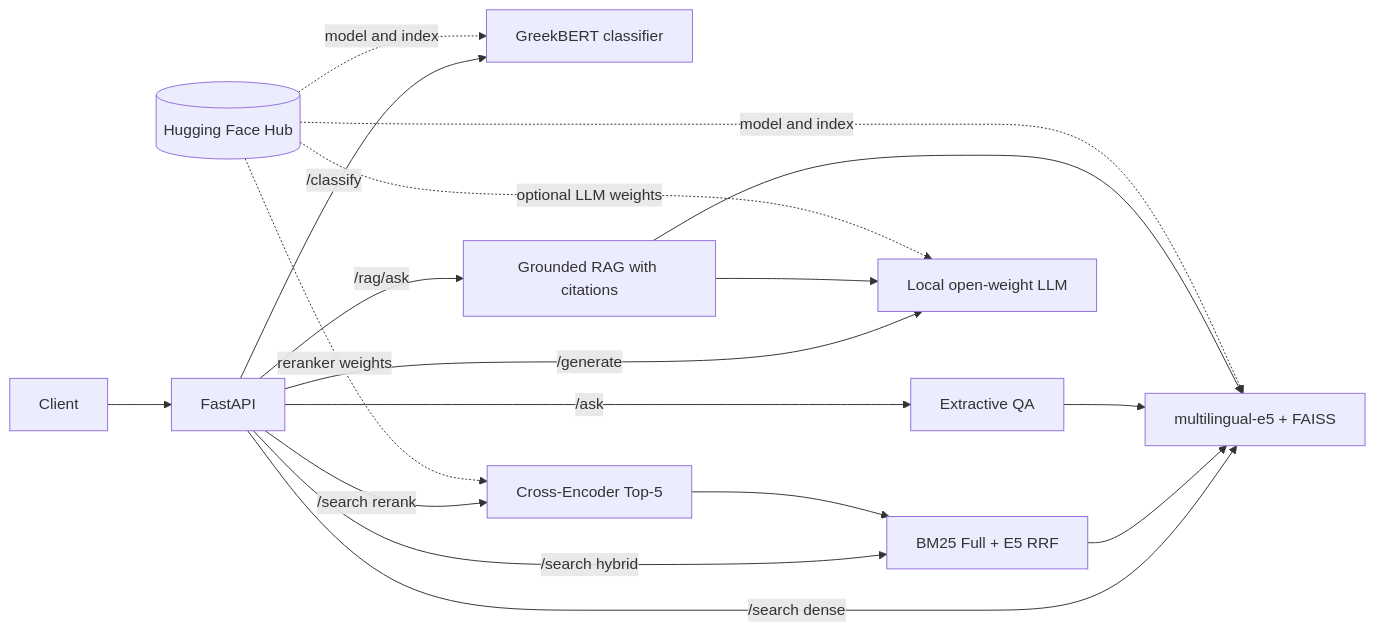
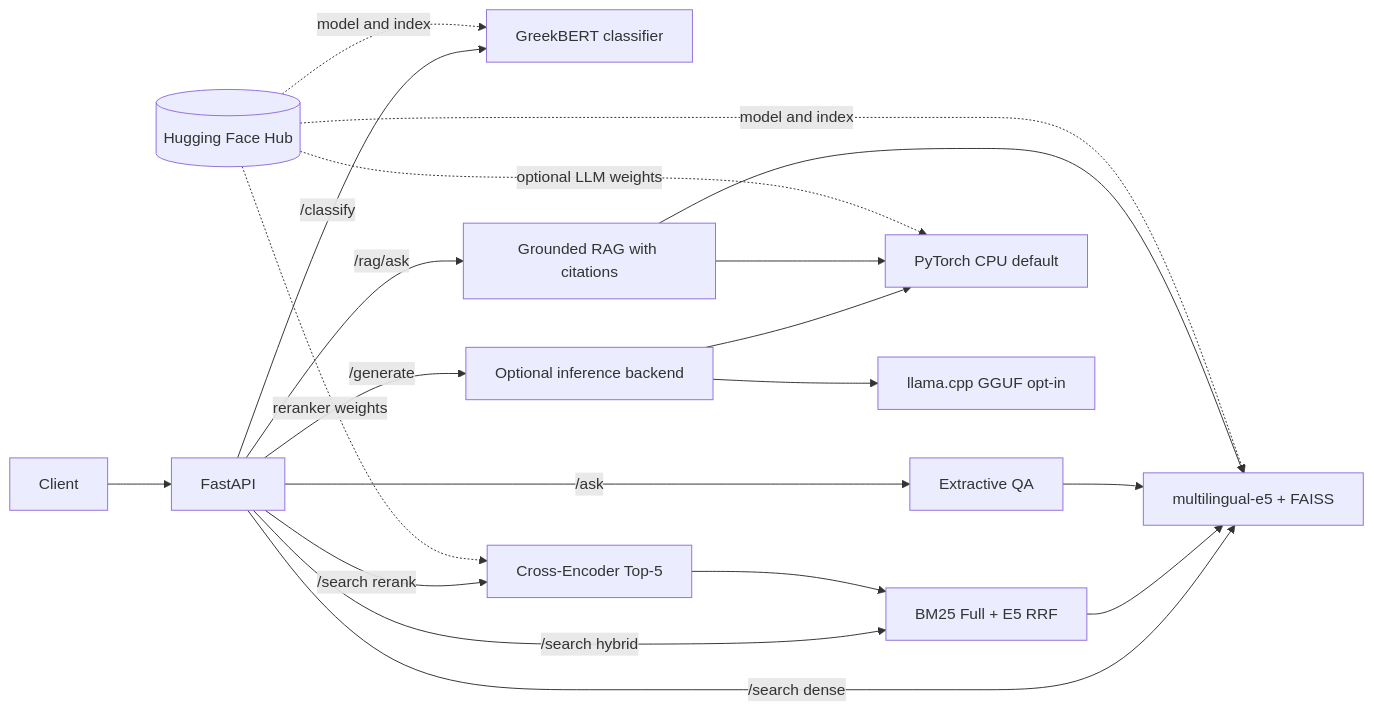
The diagram in README.md (P-Tilemachos/Greek-News-NLP-API), drawn with Mermaid before and after one commit. The commit also changed other lines of this file and 25 other files, not shown here.

Commit message:
Add Phase 16 CPU optimization and optional llama.cpp backend

````diff
--- a/README.md
+++ b/README.md
@@ -21,20 +21,22 @@
 ```mermaid
 flowchart LR
     Client --> API[FastAPI]
     API -->|/classify| CLF[GreekBERT classifier]
     API -->|/search dense| RET[multilingual-e5 + FAISS]
     API -->|/search hybrid| HYB[BM25 Full + E5 RRF]
     API -->|/search rerank| CE[Cross-Encoder Top-5]
     CE --> HYB
     HYB --> RET
     API -->|/ask| QA[Extractive QA]
     QA --> RET
-    API -->|/generate| LLM[Local open-weight LLM]
+    API -->|/generate| GEN[Optional inference backend]
+    GEN --> TORCH[PyTorch CPU default]
+    GEN --> GGUF[llama.cpp GGUF opt-in]
     API -->|/rag/ask| RAG[Grounded RAG with citations]
     RAG --> RET
-    RAG --> LLM
+    RAG --> TORCH
     HUB[(Hugging Face Hub)] -. model and index .-> CLF
     HUB -. model and index .-> RET
     HUB -. reranker weights .-> CE
-    HUB -. optional LLM weights .-> LLM
+    HUB -. optional LLM weights .-> TORCH
 ```
````
